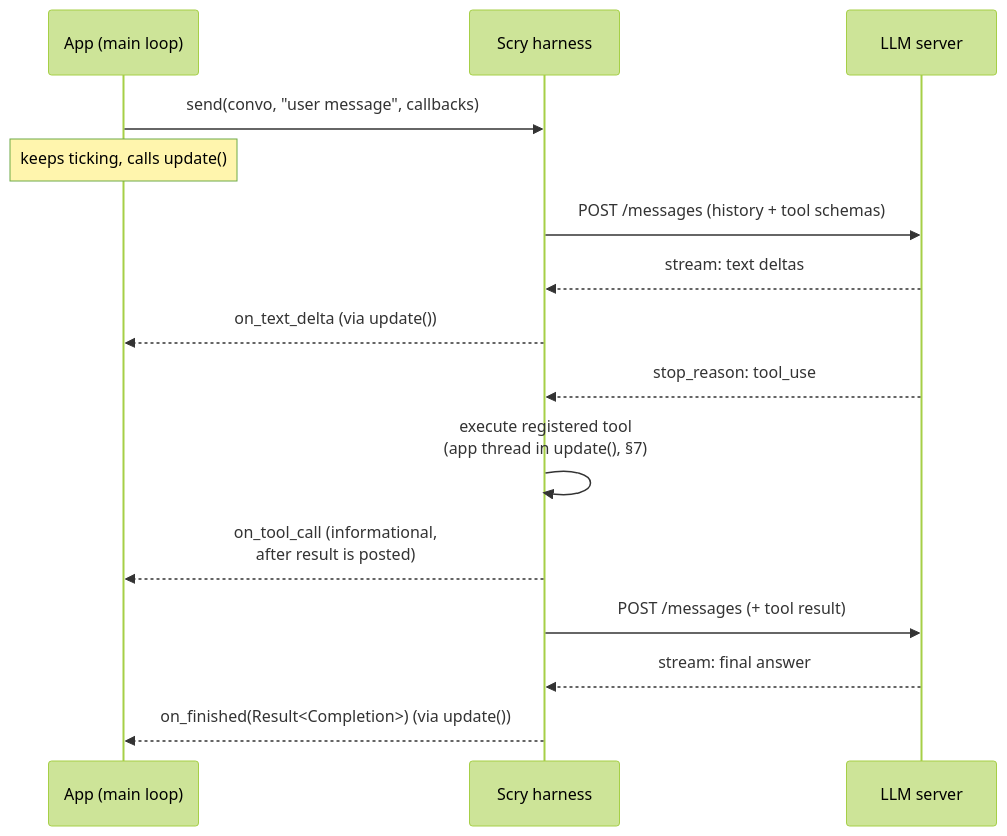
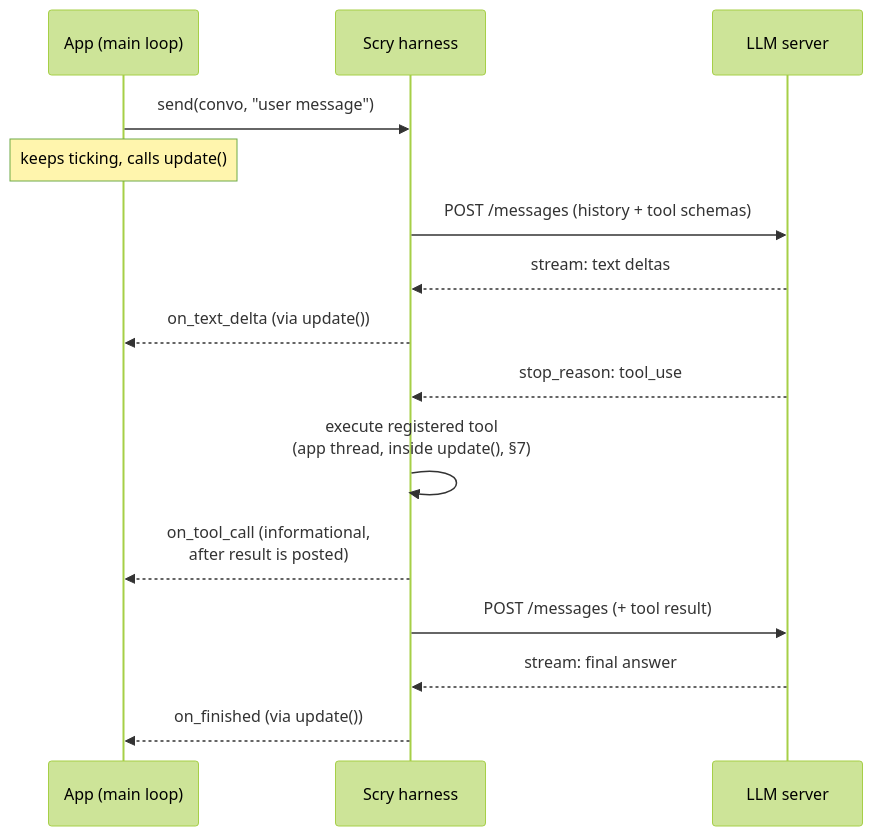
Before and after one commit to crybo-rybo/scry: the second of 3 diagrams in DESIGN.md, drawn with Mermaid (forest theme). The commit also changed other lines of this file and 8 other files, not shown here.

````diff
--- a/DESIGN.md
+++ b/DESIGN.md
@@ -183,18 +172,18 @@
 ```mermaid
 sequenceDiagram
     participant App as App (main loop)
     participant H as Scry harness
     participant LLM as LLM server
 
-    App->>H: send(convo, "user message", callbacks)
+    App->>H: send(convo, "user message")
     Note over App: keeps ticking, calls update()
     H->>LLM: POST /messages (history + tool schemas)
     LLM-->>H: stream: text deltas
     H-->>App: on_text_delta (via update())
     LLM-->>H: stop_reason: tool_use
-    H->>H: execute registered tool<br/>(app thread in update(), §7)
+    H->>H: execute registered tool<br/>(app thread, inside update(), §7)
     H-->>App: on_tool_call (informational,<br/>after result is posted)
     H->>LLM: POST /messages (+ tool result)
     LLM-->>H: stream: final answer
-    H-->>App: on_finished(Result<Completion>) (via update())
+    H-->>App: on_finished (via update())
 ```
````
